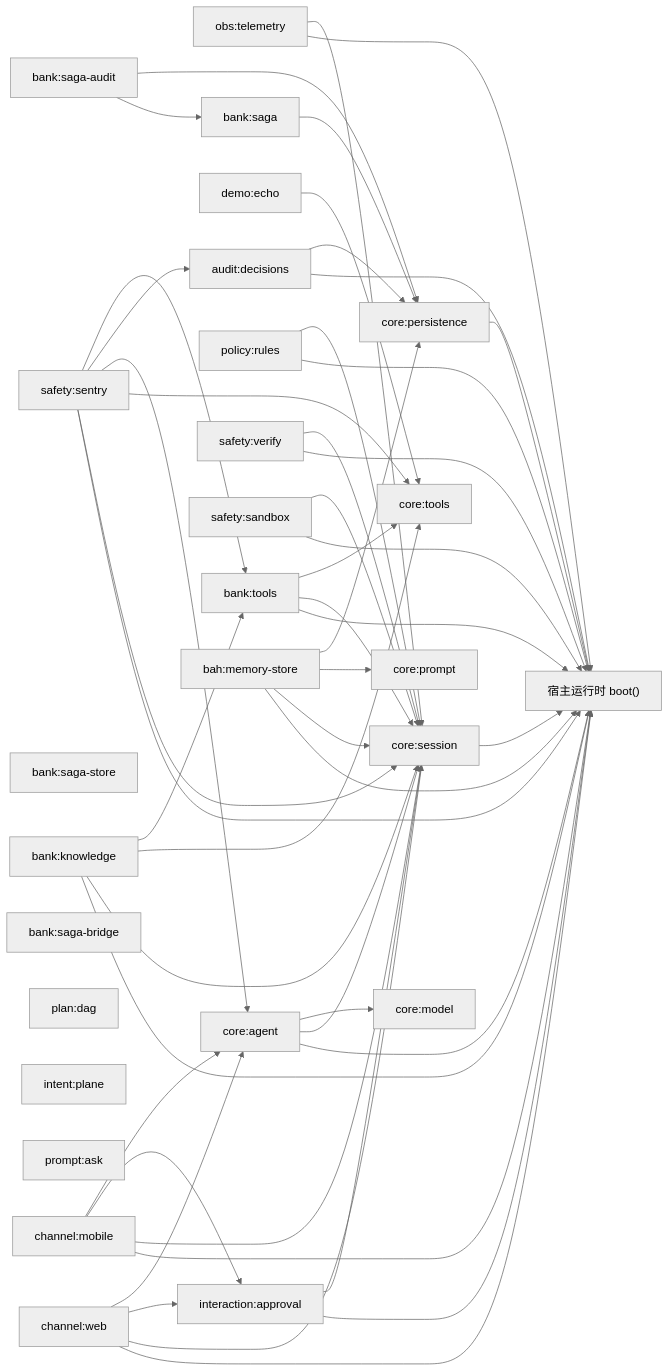
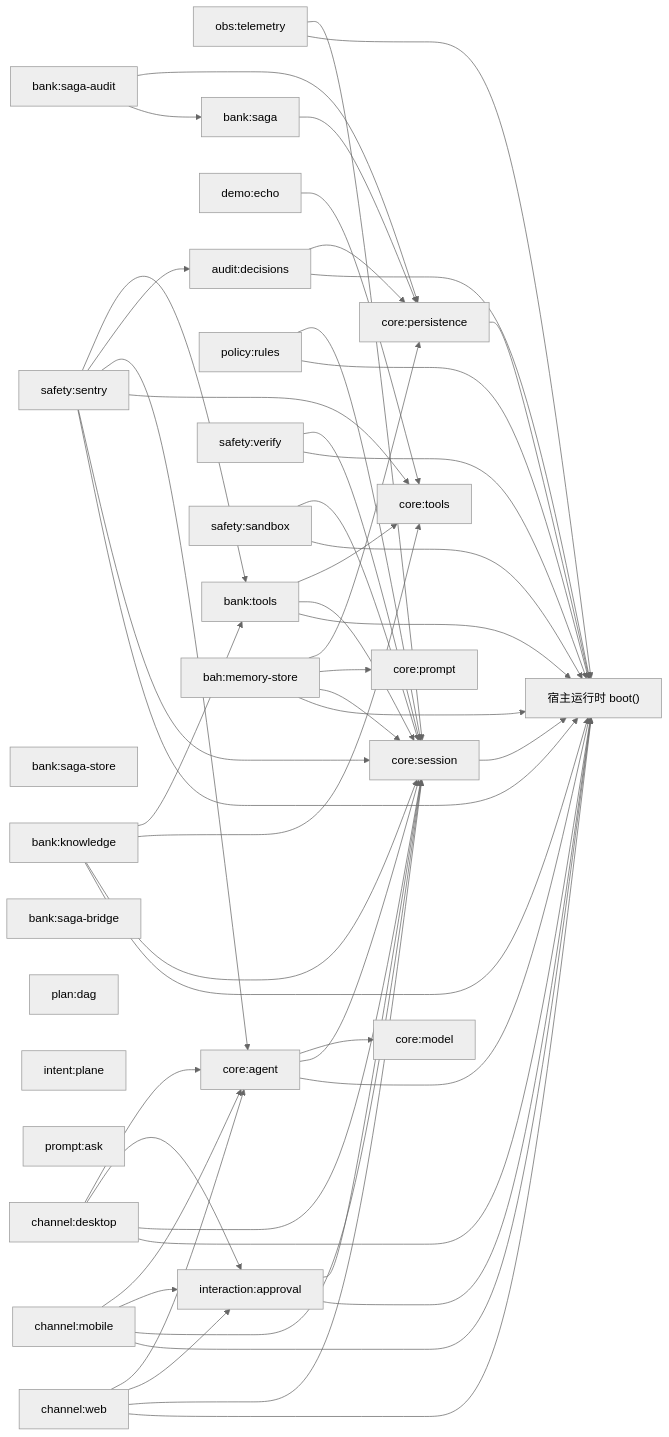
Before and after one commit to YYYPROBEE/BAH: the first of 2 diagrams in docs/architecture.md, drawn with Mermaid (neutral theme). The commit also changed other lines of this file and 26 other files, not shown here.

First line of the commit message:
feat(desktop): 01 桌面渠道与 profile（channel:desktop）

````diff
--- a/docs/architecture.md
+++ b/docs/architecture.md
@@ -76,75 +77,80 @@
 ```mermaid
 graph LR
   p0["core:session"]
   p1["obs:telemetry"]
   p2["core:tools"]
   p3["core:prompt"]
   p4["core:model"]
   p5["core:agent"]
   p6["core:persistence"]
   p7["audit:decisions"]
   p8["demo:echo"]
   p9["bank:tools"]
   p10["policy:rules"]
   p11["bank:knowledge"]
   p12["interaction:approval"]
   p13["safety:sentry"]
   p14["safety:verify"]
   p15["safety:sandbox"]
   p16["bank:saga-store"]
   p17["bank:saga"]
   p18["bank:saga-audit"]
   p19["bank:saga-bridge"]
   p20["plan:dag"]
   p21["bah:memory-store"]
   p22["intent:plane"]
   p23["prompt:ask"]
   p24["channel:web"]
   p25["channel:mobile"]
+  p26["channel:desktop"]
   p0 --> host["宿主运行时 boot()"]
   p1 --> host["宿主运行时 boot()"]
   p1 --> p0
   p10 --> host["宿主运行时 boot()"]
   p10 --> p0
   p11 --> host["宿主运行时 boot()"]
   p11 --> p0
   p11 --> p2
   p11 --> p9
   p12 --> host["宿主运行时 boot()"]
   p12 --> p0
   p13 --> host["宿主运行时 boot()"]
   p13 --> p0
   p13 --> p2
   p13 --> p5
   p13 --> p7
   p13 --> p9
   p14 --> host["宿主运行时 boot()"]
   p14 --> p0
   p15 --> host["宿主运行时 boot()"]
   p15 --> p0
   p17 --> p6
   p18 --> p17
   p18 --> p6
   p21 --> host["宿主运行时 boot()"]
   p21 --> p0
   p21 --> p3
   p21 --> p6
   p24 --> host["宿主运行时 boot()"]
   p24 --> p0
   p24 --> p12
   p24 --> p5
   p25 --> host["宿主运行时 boot()"]
   p25 --> p0
   p25 --> p12
   p25 --> p5
+  p26 --> host["宿主运行时 boot()"]
+  p26 --> p0
+  p26 --> p12
+  p26 --> p5
   p5 --> host["宿主运行时 boot()"]
   p5 --> p0
   p5 --> p4
   p6 --> host["宿主运行时 boot()"]
   p7 --> host["宿主运行时 boot()"]
   p7 --> p6
   p8 --> p2
   p9 --> host["宿主运行时 boot()"]
   p9 --> p0
   p9 --> p2
 ```
````
